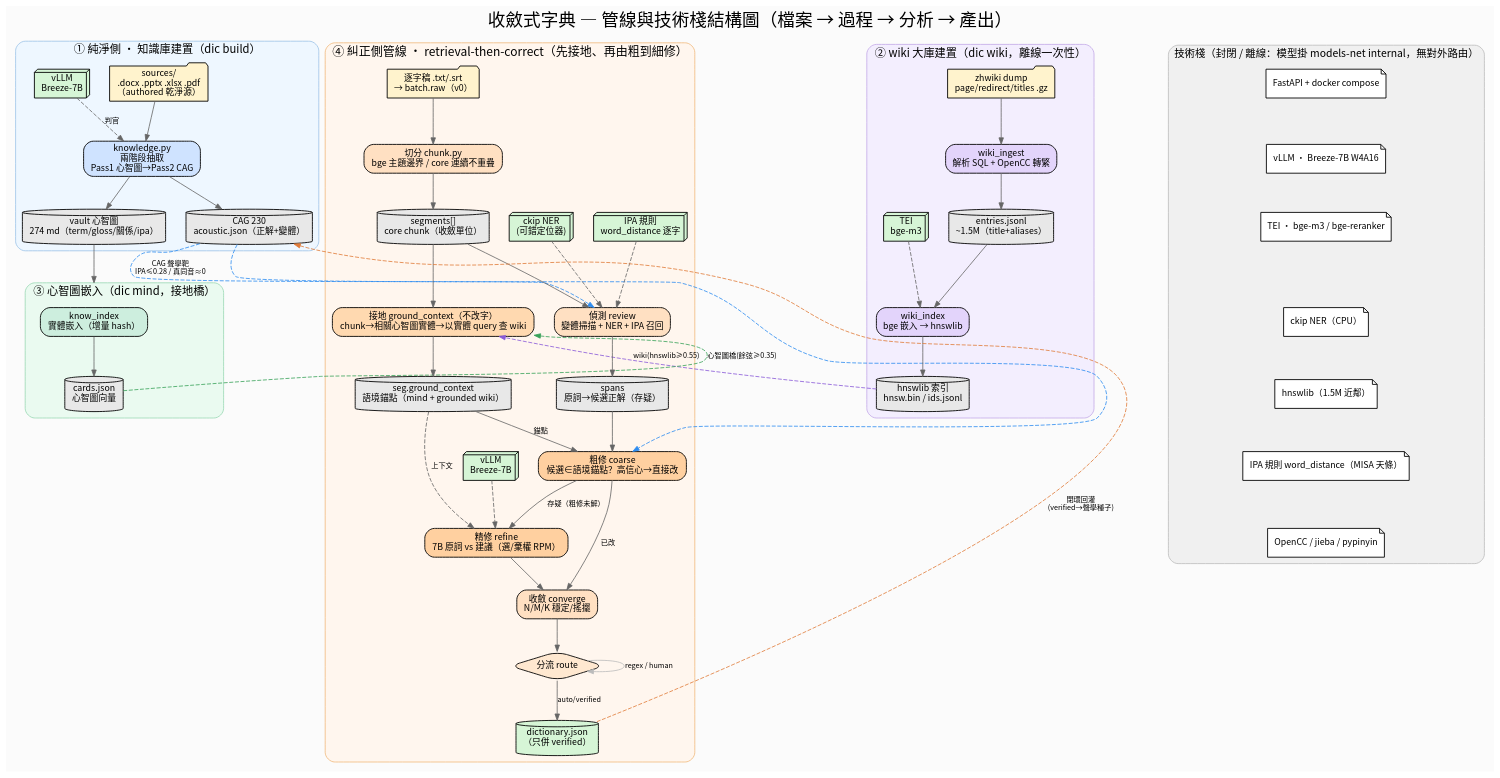
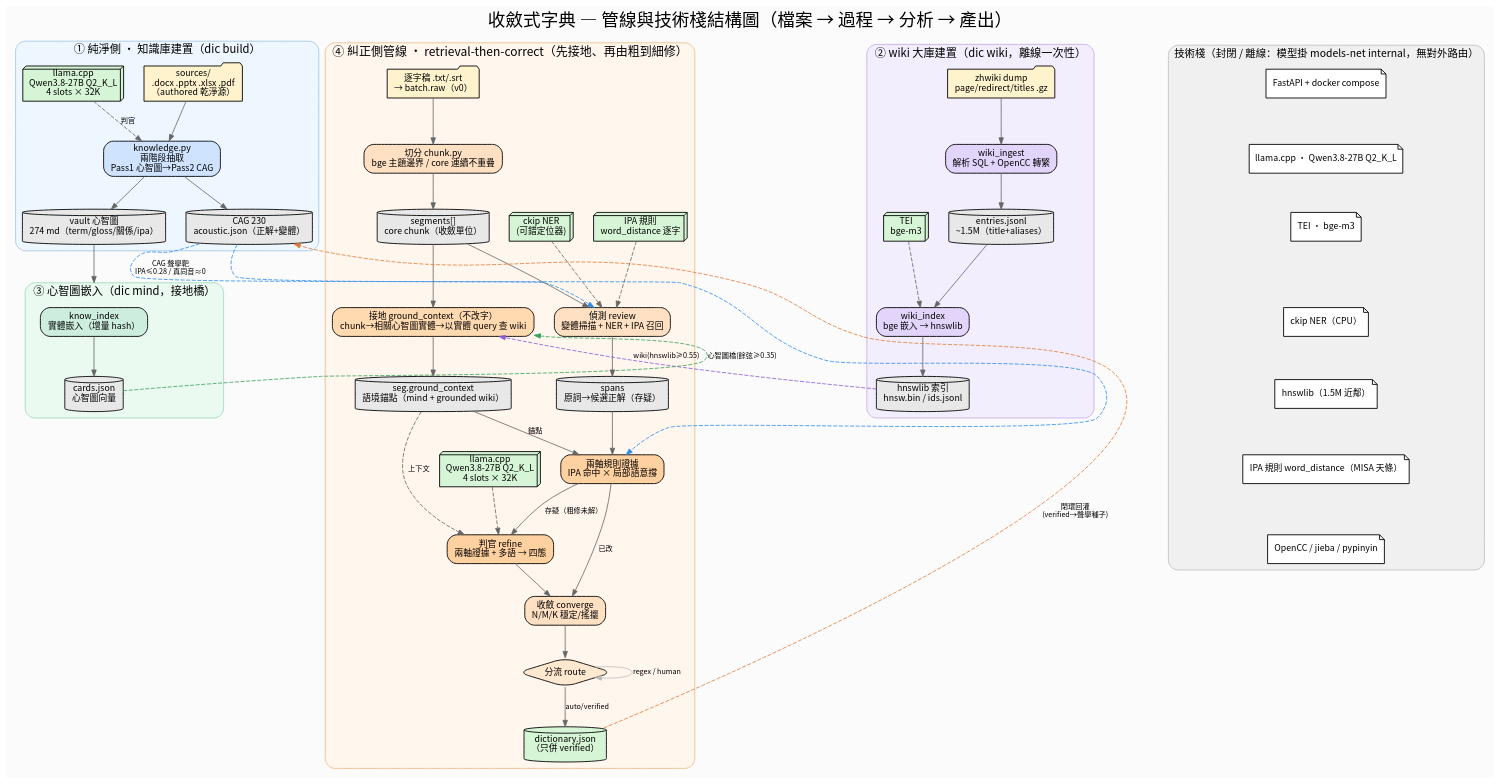
Before and after one commit to a0935951152-droid/Allen-Dictionary: the diagram in scripts/pipeline.dot, drawn with Graphviz. The commit also changed 29 other files, not shown here.

Commit message:
feat: migrate dictionary pipeline to Qwen Q2 and harden CAG build

```diff
--- a/scripts/pipeline.dot
+++ b/scripts/pipeline.dot
@@ -1,99 +1,99 @@
 digraph pipeline {
   graph [rankdir=TB, fontname="Noto Sans CJK TC", bgcolor="#fbfbfb", compound=true,
          labelloc=t, fontsize=22, nodesep=0.35, ranksep=0.55,
          label="收斂式字典 — 管線與技術棧結構圖（檔案 → 過程 → 分析 → 產出）"];
   node  [fontname="Noto Sans CJK TC", fontsize=11, style="filled,rounded", shape=box, penwidth=1.1];
   edge  [fontname="Noto Sans CJK TC", fontsize=9, color="#666666", arrowsize=0.8];
 
   // 形狀/顏色語意
   // 檔案/原料=folder黃 · 過程模組=box藍 · 模型服務=box3d綠 · 落地產出=cylinder灰
 
   /* ===== 純淨側：知識庫建置（答案來源） ===== */
   subgraph cluster_know {
     label="① 純淨側 · 知識庫建置（dic build）"; style="filled,rounded"; fillcolor="#eef7ff"; color="#9cc3e8"; fontsize=14;
     f_src   [shape=folder, fillcolor="#fff3cd", label="sources/\n.docx .pptx .xlsx .pdf\n（authored 乾淨源）"];
     p_know  [fillcolor="#cfe3ff", label="knowledge.py\n兩階段抽取\nPass1 心智圖→Pass2 CAG"];
-    m_7b1   [shape=box3d, fillcolor="#d6f5d6", label="vLLM\nBreeze-7B"];
+    m_qwen1   [shape=box3d, fillcolor="#d6f5d6", label="llama.cpp\nQwen3.8-27B Q2_K_L\n4 slots × 32K"];
     d_vault [shape=cylinder, fillcolor="#e8e8e8", label="vault 心智圖\n274 md（term/gloss/關係/ipa）"];
     d_cag   [shape=cylinder, fillcolor="#e8e8e8", label="CAG 230\nacoustic.json（正解+變體）"];
-    f_src -> p_know; m_7b1 -> p_know [style=dashed,label="判官"]; p_know -> d_vault; p_know -> d_cag;
+    f_src -> p_know; m_qwen1 -> p_know [style=dashed,label="判官"]; p_know -> d_vault; p_know -> d_cag;
   }
 
   /* ===== wiki 大庫建置 ===== */
   subgraph cluster_wiki {
     label="② wiki 大庫建置（dic wiki，離線一次性）"; style="filled,rounded"; fillcolor="#f3eefe"; color="#c3a9e8"; fontsize=14;
     f_dump  [shape=folder, fillcolor="#fff3cd", label="zhwiki dump\npage/redirect/titles .gz"];
     p_ing   [fillcolor="#e3d4fb", label="wiki_ingest\n解析 SQL + OpenCC 轉繁"];
     d_ent   [shape=cylinder, fillcolor="#e8e8e8", label="entries.jsonl\n~1.5M（title+aliases）"];
     p_widx  [fillcolor="#e3d4fb", label="wiki_index\nbge 嵌入 → hnswlib"];
     m_bge1  [shape=box3d, fillcolor="#d6f5d6", label="TEI\nbge-m3"];
     d_hnsw  [shape=cylinder, fillcolor="#e8e8e8", label="hnswlib 索引\nhnsw.bin / ids.jsonl"];
     f_dump -> p_ing -> d_ent -> p_widx -> d_hnsw; m_bge1 -> p_widx [style=dashed];
   }
 
   /* ===== 心智圖嵌入（接地橋） ===== */
   subgraph cluster_mind {
     label="③ 心智圖嵌入（dic mind，接地橋）"; style="filled,rounded"; fillcolor="#eafaf0"; color="#9ad8b4"; fontsize=14;
     p_mind  [fillcolor="#cdeede", label="know_index\n實體嵌入（增量 hash）"];
     d_cards [shape=cylinder, fillcolor="#e8e8e8", label="cards.json\n心智圖向量"];
     p_mind -> d_cards;
   }
   d_vault -> p_mind [lhead=cluster_mind];
 
   /* ===== 糾正側管線（主軸） ===== */
   subgraph cluster_pipe {
     label="④ 糾正側管線 · retrieval-then-correct（先接地、再由粗到細修）"; style="filled,rounded"; fillcolor="#fff6ee"; color="#f0b97d"; fontsize=15;
 
     f_raw   [shape=folder, fillcolor="#fff3cd", label="逐字稿 .txt/.srt\n→ batch.raw（v0）"];
     p_seg   [fillcolor="#ffe0c2", label="切分 chunk.py\nbge 主題邊界 / core 連續不重疊"];
     d_segs  [shape=cylinder, fillcolor="#e8e8e8", label="segments[]\ncore chunk（收斂單位）"];
 
     p_grd   [fillcolor="#ffd9b0", label="接地 ground_context（不改字）\nchunk→相關心智圖實體→以實體 query 查 wiki"];
     d_gc    [shape=cylinder, fillcolor="#e8e8e8", label="seg.ground_context\n語境錨點（mind + grounded wiki）"];
 
     p_det   [fillcolor="#ffe0c2", label="偵測 review\n變體掃描 + NER + IPA 召回"];
     m_ner   [shape=box3d, fillcolor="#d6f5d6", label="ckip NER\n(可錯定位器)"];
     m_ipa   [shape=box3d, fillcolor="#d6f5d6", label="IPA 規則\nword_distance 逐字"];
     d_spans [shape=cylinder, fillcolor="#e8e8e8", label="spans\n原詞→候選正解（存疑）"];
 
-    p_coa   [fillcolor="#ffd0a0", label="粗修 coarse\n候選∈語境錨點？高信心→直接改"];
-    p_ref   [fillcolor="#ffd0a0", label="精修 refine\n7B 原詞 vs 建議（選/棄權 RPM）"];
-    m_7b2   [shape=box3d, fillcolor="#d6f5d6", label="vLLM\nBreeze-7B"];
+    p_coa   [fillcolor="#ffd0a0", label="兩軸規則證據\nIPA 命中 × 局部語意撐"];
+    p_ref   [fillcolor="#ffd0a0", label="判官 refine\n兩軸證據 + 多語 → 四態"];
+    m_qwen2   [shape=box3d, fillcolor="#d6f5d6", label="llama.cpp\nQwen3.8-27B Q2_K_L\n4 slots × 32K"];
     p_conv  [fillcolor="#ffe0c2", label="收斂 converge\nN/M/K 穩定/搖擺"];
     p_rt    [shape=diamond, fillcolor="#ffe8d0", label="分流 route"];
 
     d_dict  [shape=cylinder, fillcolor="#d6f5d6", label="dictionary.json\n（只併 verified）"];
 
     f_raw -> p_seg -> d_segs;
     d_segs -> p_grd -> d_gc;
     d_segs -> p_det -> d_spans;
     m_ner -> p_det [style=dashed]; m_ipa -> p_det [style=dashed];
     d_spans -> p_coa; d_gc -> p_coa [label="錨點"];
     p_coa -> p_ref [label="存疑（粗修未解）"];
-    m_7b2 -> p_ref [style=dashed]; d_gc -> p_ref [style=dashed,label="上下文"];
+    m_qwen2 -> p_ref [style=dashed]; d_gc -> p_ref [style=dashed,label="上下文"];
     p_coa -> p_conv [label="已改"]; p_ref -> p_conv;
     p_conv -> p_rt;
     p_rt -> d_dict [label="auto/verified"];
     p_rt -> p_rt [label="regex / human", color="#bbbbbb"];
   }
 
   /* ===== 跨側資料流（橋 / 候選 / 回灌） ===== */
   d_cards -> p_grd [style=dashed, color="#39a35a", constraint=false, label="心智圖橋(餘弦≥0.35)"];
   d_hnsw  -> p_grd [style=dashed, color="#8a5ad8", constraint=false, label="wiki(hnswlib≥0.55)"];
   d_cag   -> p_det [style=dashed, color="#2d8cf0", constraint=false, label="CAG 聲學靶\nIPA≤0.28 / 真同音≈0"];
   d_cag   -> p_coa [style=dashed, color="#2d8cf0", constraint=false];
   d_dict  -> d_cag [style=dashed, color="#e07b39", constraint=false, label="閉環回灌\n(verified→聲學種子)"];
 
   /* ===== 技術棧 ===== */
   subgraph cluster_stack {
     label="技術棧（封閉 / 離線：模型掛 models-net internal，無對外路由）"; style="filled,rounded"; fillcolor="#f0f0f0"; color="#bbbbbb"; fontsize=13;
     s1 [shape=note, fillcolor=white, label="FastAPI + docker compose"];
-    s2 [shape=note, fillcolor=white, label="vLLM · Breeze-7B W4A16"];
-    s3 [shape=note, fillcolor=white, label="TEI · bge-m3 / bge-reranker"];
+    s2 [shape=note, fillcolor=white, label="llama.cpp · Qwen3.8-27B Q2_K_L"];
+    s3 [shape=note, fillcolor=white, label="TEI · bge-m3"];
     s4 [shape=note, fillcolor=white, label="ckip NER（CPU）"];
     s5 [shape=note, fillcolor=white, label="hnswlib（1.5M 近鄰）"];
     s6 [shape=note, fillcolor=white, label="IPA 規則 word_distance（MISA 天條）"];
     s7 [shape=note, fillcolor=white, label="OpenCC / jieba / pypinyin"];
     s1 -> s2 -> s3 -> s4 -> s5 -> s6 -> s7 [style=invis];
   }
 }
```
